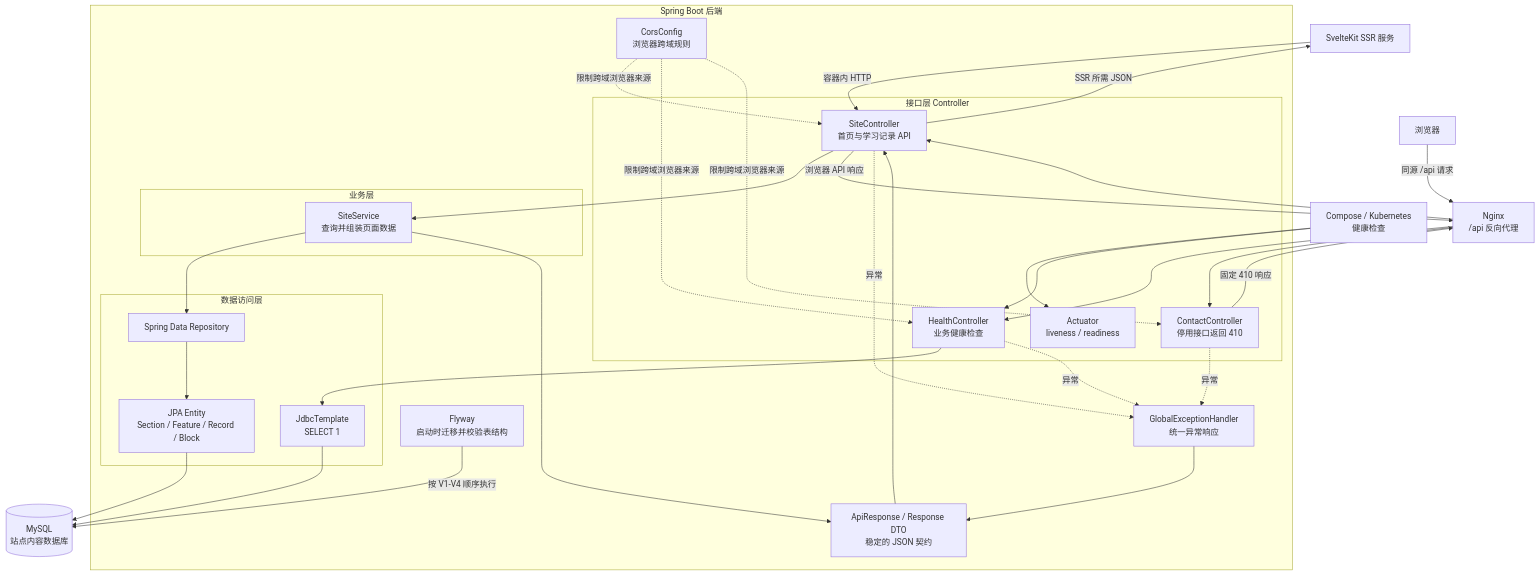
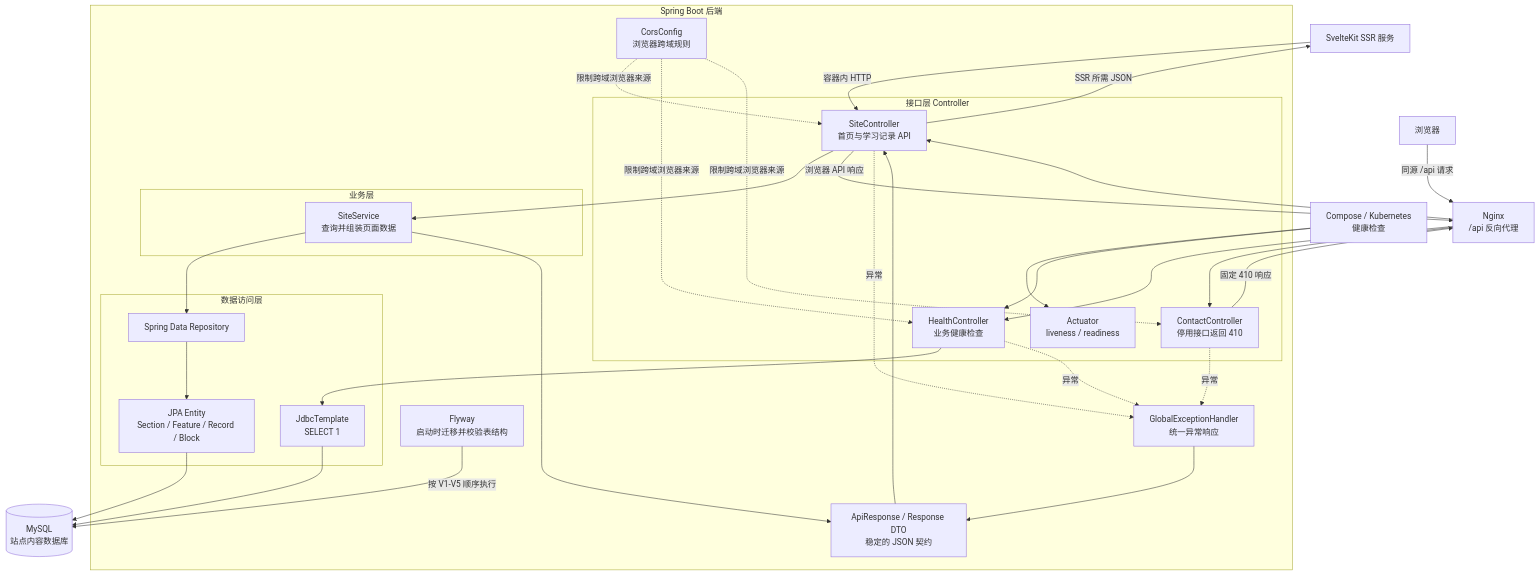
One commit to forpython11/ability-re changed the diagram in docs/architecture/backend.md. Above: the diagram before and after it, drawn with Mermaid. The commit also changed 3 other files, not shown here.

````diff
--- a/docs/architecture/backend.md
+++ b/docs/architecture/backend.md
@@ -5,65 +5,65 @@
 ```mermaid
 flowchart TD
     svelte[SvelteKit SSR 服务]
     browser[浏览器]
     nginx[Nginx<br/>/api 反向代理]
 
     subgraph spring[Spring Boot 后端]
         cors[CorsConfig<br/>浏览器跨域规则]
 
         subgraph controllers[接口层 Controller]
             siteController[SiteController<br/>首页与学习记录 API]
             healthController[HealthController<br/>业务健康检查]
             contactController[ContactController<br/>停用接口返回 410]
             actuator[Actuator<br/>liveness / readiness]
         end
 
         exception[GlobalExceptionHandler<br/>统一异常响应]
         response[ApiResponse / Response DTO<br/>稳定的 JSON 契约]
 
         subgraph business[业务层]
             siteService[SiteService<br/>查询并组装页面数据]
         end
 
         subgraph persistence[数据访问层]
             repositories[Spring Data Repository]
             entities[JPA Entity<br/>Section / Feature / Record / Block]
             jdbc[JdbcTemplate<br/>SELECT 1]
         end
 
         flyway[Flyway<br/>启动时迁移并校验表结构]
     end
 
     mysql[(MySQL<br/>站点内容数据库)]
     deploy[Compose / Kubernetes<br/>健康检查]
 
     svelte -->|容器内 HTTP| siteController
     browser -->|同源 /api 请求| nginx
     nginx --> siteController
     nginx --> healthController
     nginx --> contactController
     cors -.限制跨域浏览器来源.-> siteController
     cors -.限制跨域浏览器来源.-> healthController
     cors -.限制跨域浏览器来源.-> contactController
 
     siteController --> siteService
     siteService --> repositories
     repositories --> entities
     entities --> mysql
     siteService --> response
     response --> siteController
     siteController -->|SSR 所需 JSON| svelte
     siteController -->|浏览器 API 响应| nginx
 
     healthController --> jdbc
     jdbc --> mysql
     contactController -->|固定 410 响应| nginx
     siteController -.异常.-> exception
     healthController -.异常.-> exception
     contactController -.异常.-> exception
     exception --> response
 
-    flyway -->|按 V1-V4 顺序执行| mysql
+    flyway -->|按 V1-V5 顺序执行| mysql
     deploy --> actuator
     deploy --> healthController
 ```
````
